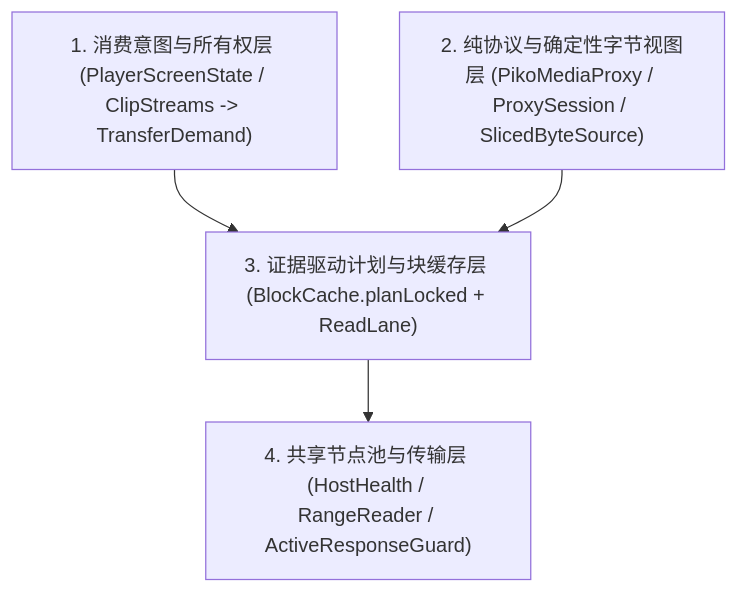
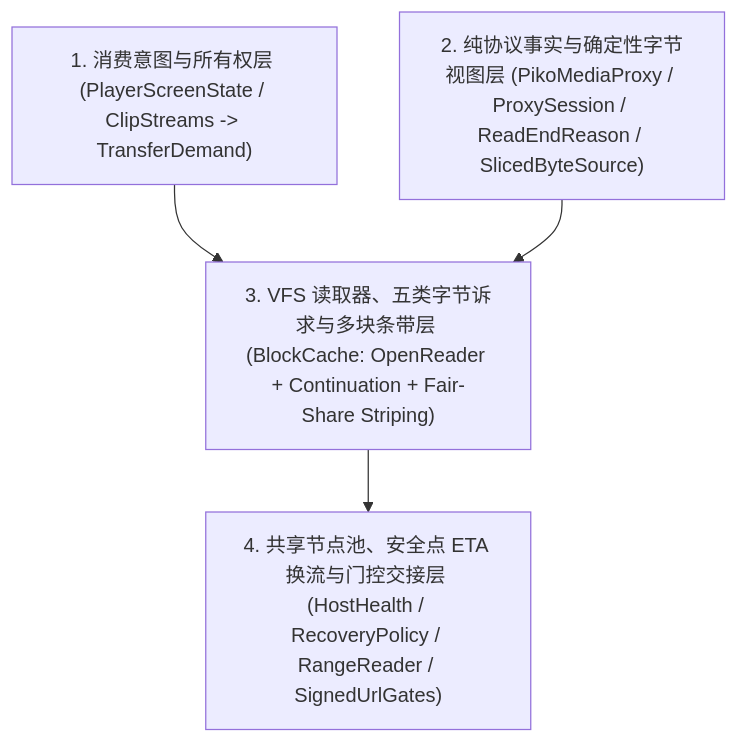
The diagram in docs/development/cdn-streaming-architecture.md (NihilDigit/piko), drawn with Mermaid before and after one commit. The commit also changed other lines of this file and 9 other files, not shown here.

Commit message:
refactor(media): report factual ReadEndReason across proxy and stream adapters

````diff
--- a/docs/development/cdn-streaming-architecture.md
+++ b/docs/development/cdn-streaming-architecture.md
@@ -121,11 +121,11 @@
 ```mermaid
 flowchart TD
     L1["1. 消费意图与所有权层 (PlayerScreenState / ClipStreams -> TransferDemand)"]
-    L2["2. 纯协议与确定性字节视图层 (PikoMediaProxy / ProxySession / SlicedByteSource)"]
-    L3["3. 证据驱动计划与块缓存层 (BlockCache.planLocked + ReadLane)"]
-    L4["4. 共享节点池与传输层 (HostHealth / RangeReader / ActiveResponseGuard)"]
+    L2["2. 纯协议事实与确定性字节视图层 (PikoMediaProxy / ProxySession / ReadEndReason / SlicedByteSource)"]
+    L3["3. VFS 读取器、五类字节诉求与多块条带层 (BlockCache: OpenReader + Continuation + Fair-Share Striping)"]
+    L4["4. 共享节点池、安全点 ETA 换流与门控交接层 (HostHealth / RecoveryPolicy / RangeReader / SignedUrlGates)"]
 
     L1 --> L3
     L2 --> L3
     L3 --> L4
 ```
````
